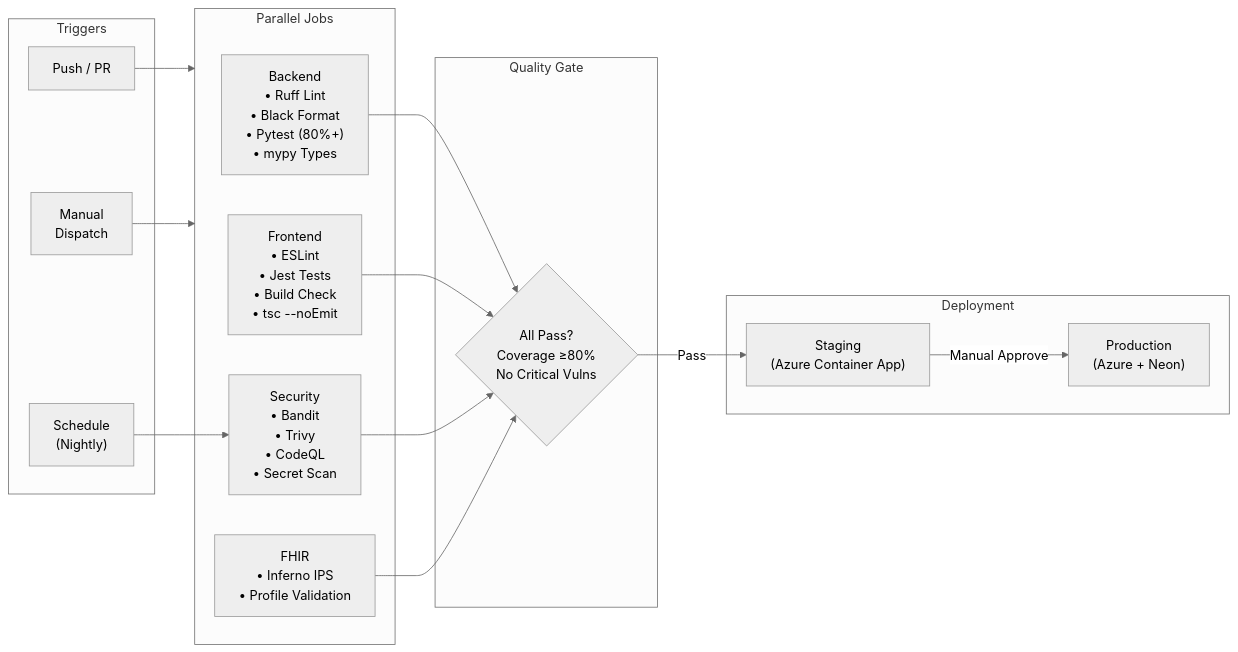
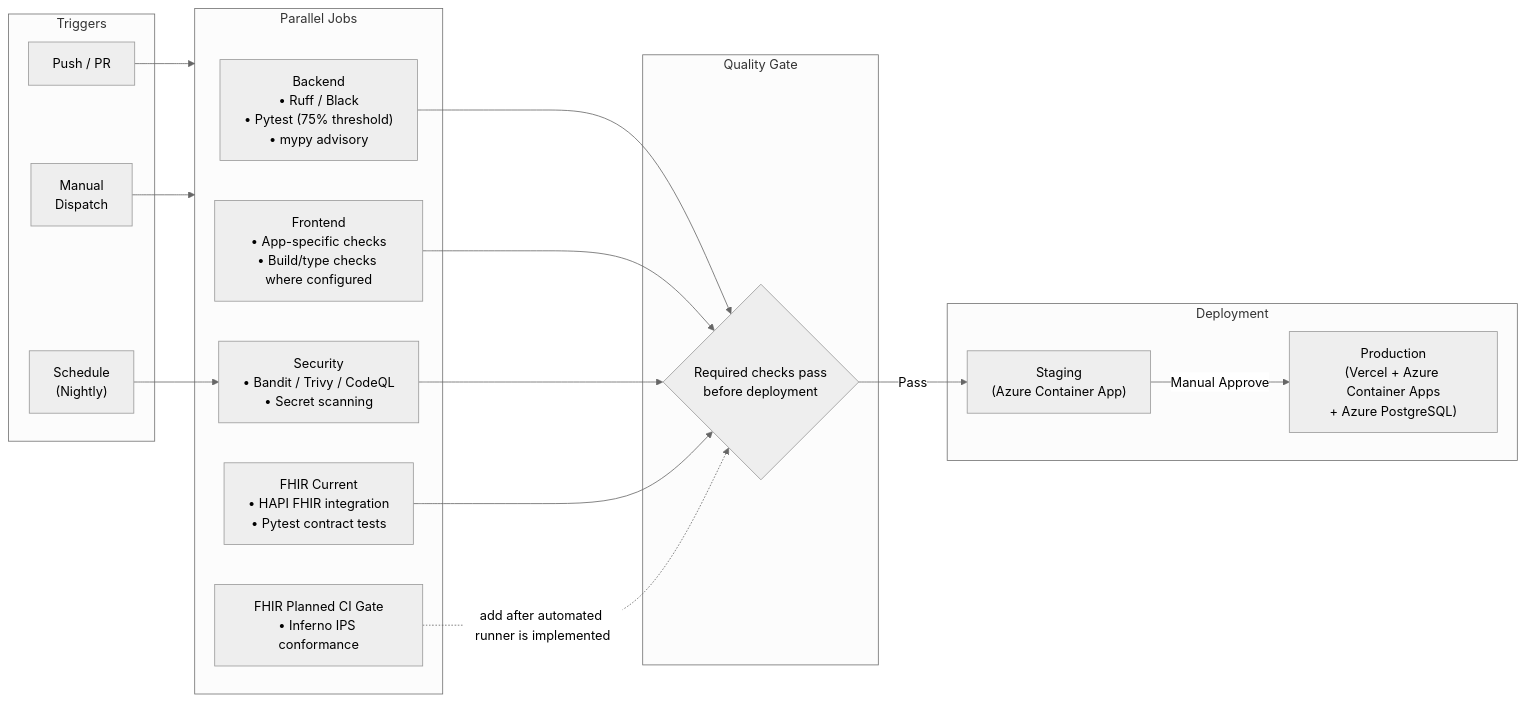
One commit to nexora-africa-ltd/vitora changed diagram 11 of 15 in docs/architecture-diagrams.md. Above: the diagram before and after it, drawn with Mermaid (neutral theme). The commit also changed other lines of this file and 6 other files, not shown here.

````diff
--- a/docs/architecture-diagrams.md
+++ b/docs/architecture-diagrams.md
@@ -475,36 +480,38 @@
 ```mermaid
 graph LR
     subgraph Trigger["Triggers"]
         PUSH["Push / PR"]
         SCHED["Schedule<br/>(Nightly)"]
         MANUAL["Manual<br/>Dispatch"]
     end
 
     subgraph Parallel["Parallel Jobs"]
-        BE["Backend<br/>• Ruff Lint<br/>• Black Format<br/>• Pytest (80%+)<br/>• mypy Types"]
-        FE["Frontend<br/>• ESLint<br/>• Jest Tests<br/>• Build Check<br/>• tsc --noEmit"]
-        SEC["Security<br/>• Bandit<br/>• Trivy<br/>• CodeQL<br/>• Secret Scan"]
-        FHIR_CI["FHIR<br/>• Inferno IPS<br/>• Profile Validation"]
+        BE["Backend<br/>• Ruff / Black<br/>• Pytest (75% threshold)<br/>• mypy advisory"]
+        FE["Frontend<br/>• App-specific checks<br/>• Build/type checks where configured"]
+        SEC["Security<br/>• Bandit / Trivy / CodeQL<br/>• Secret scanning"]
+        FHIR_CI["FHIR Current<br/>• HAPI FHIR integration<br/>• Pytest contract tests"]
+        INFERNO["FHIR Planned CI Gate<br/>• Inferno IPS conformance"]
     end
 
     subgraph Gate["Quality Gate"]
-        QG{"All Pass?<br/>Coverage ≥80%<br/>No Critical Vulns"}
+        QG{"Required checks pass<br/>before deployment"}
     end
 
     subgraph Deploy["Deployment"]
         STG["Staging<br/>(Azure Container App)"]
-        PROD["Production<br/>(Azure + Neon)"]
+        PROD["Production<br/>(Vercel + Azure Container Apps<br/>+ Azure PostgreSQL)"]
     end
 
     PUSH --> Parallel
     SCHED --> SEC
     MANUAL --> Parallel
 
     BE --> QG
     FE --> QG
     SEC --> QG
     FHIR_CI --> QG
+    INFERNO -. "add after automated runner is implemented" .-> QG
 
     QG -->|"Pass"| STG
     STG -->|"Manual Approve"| PROD
 ```
````
